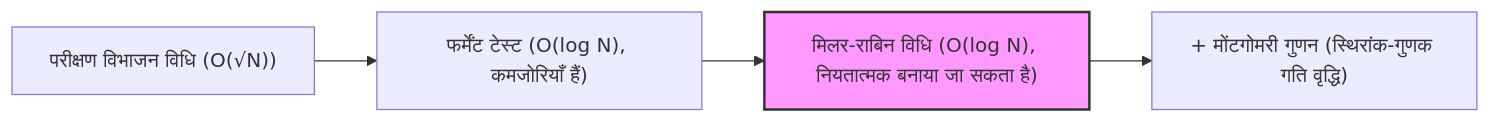
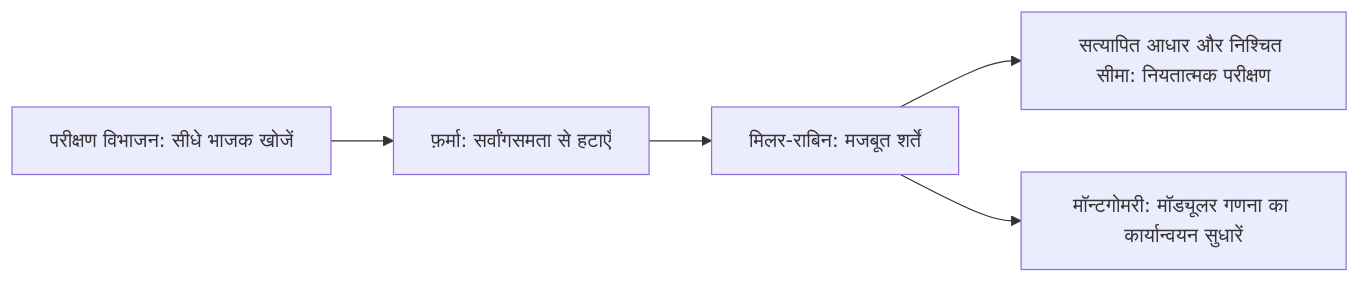
One commit to kenjinote/blog changed the second of 2 diagrams in content/post/cppで実装する高速な素数判定アルゴリズム/index.hi.md. Above: the diagram before and after it, drawn with Mermaid. The commit also changed other lines of this file and 4 other files, not shown here.

````diff
--- a/content/post/cppで実装する高速な素数判定アルゴリズム/index.hi.md
+++ b/content/post/cppで実装する高速な素数判定アルゴリズム/index.hi.md
@@ -314,8 +256,7 @@
 ```mermaid
 graph LR
-    TrialDivision["परीक्षण विभाजन विधि (O(√N))"] --> Fermat["फर्मेंट टेस्ट (O(log N), कमजोरियाँ हैं)"]
-    Fermat --> MillerRabin["मिलर-राबिन विधि (O(log N), नियतात्मक बनाया जा सकता है)"]
-    MillerRabin --> Montgomery["+ मोंटगोमरी गुणन (स्थिरांक-गुणक गति वृद्धि)"]
-    
-    style MillerRabin fill:#f9f,stroke:#333,stroke-width:2px
+    Trial["परीक्षण विभाजन: सीधे भाजक खोजें"] --> Fermat["फ़र्मा: सर्वांगसमता से हटाएँ"]
+    Fermat --> MR["मिलर-राबिन: मजबूत शर्तें"]
+    MR --> Fixed["सत्यापित आधार और निश्चित सीमा: नियतात्मक परीक्षण"]
+    MR --> Mont["मॉन्टगोमरी: मॉड्यूलर गणना का कार्यान्वयन सुधारें"]
 ```
````
